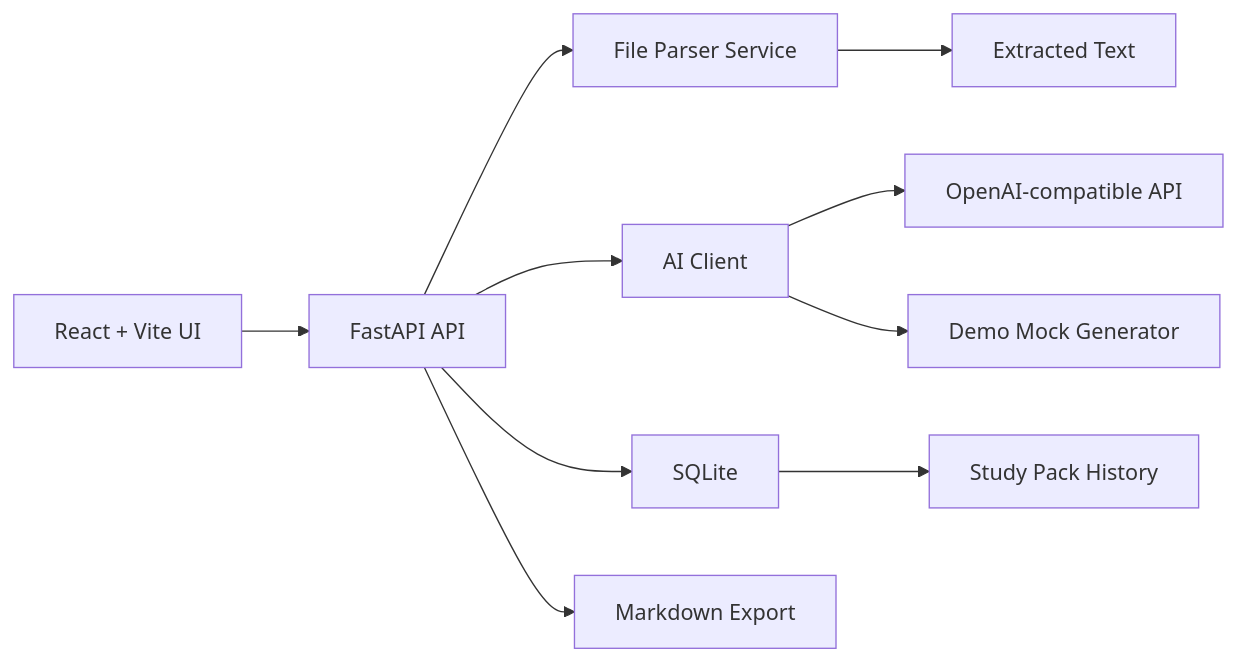
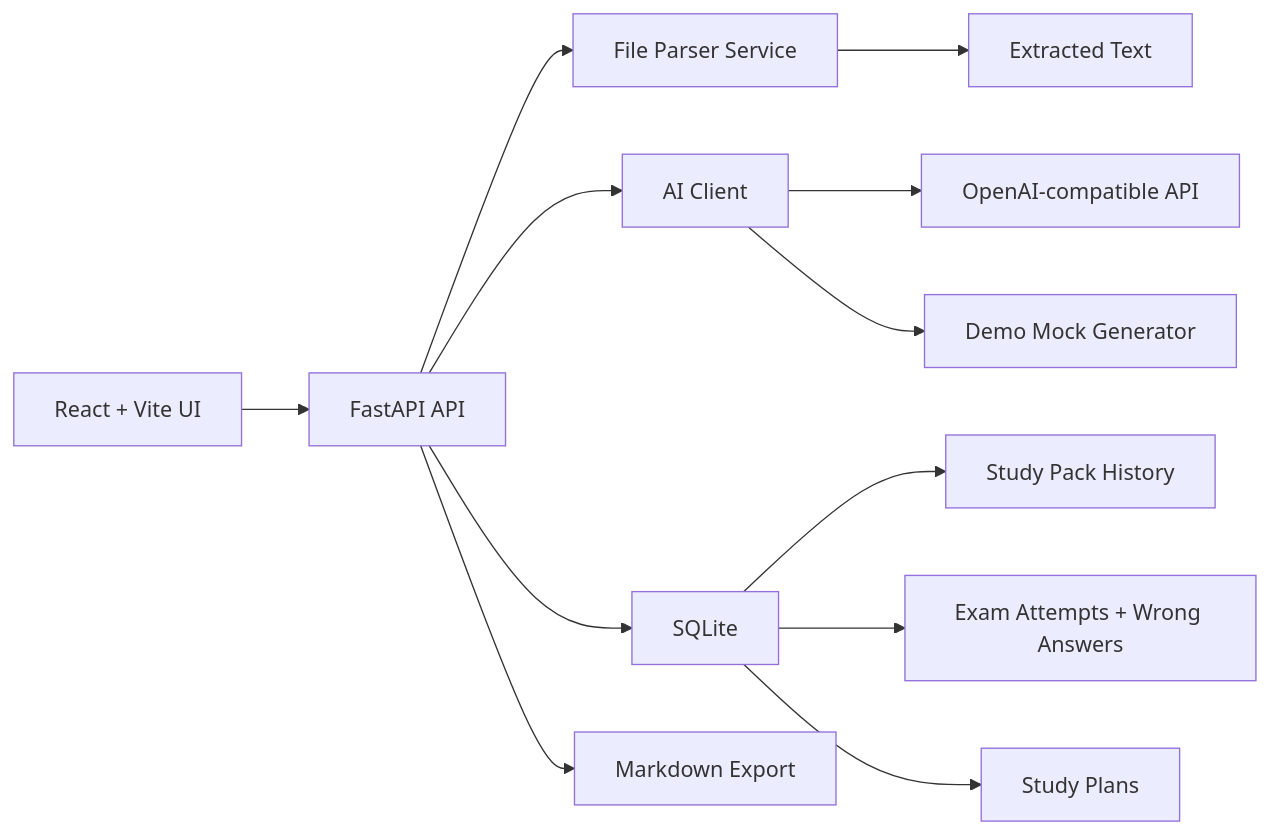
Before and after one commit to yuxindu85-bit/Note2Quiz: the diagram in README.md, drawn with Mermaid. The commit also changed other lines of this file and 13 other files, not shown here.

Commit message:
Add exam mode and study planning

````diff
--- a/README.md
+++ b/README.md
@@ -38,12 +44,14 @@
 ```mermaid
 flowchart LR
   A["React + Vite UI"] --> B["FastAPI API"]
   B --> C["File Parser Service"]
   C --> D["Extracted Text"]
   B --> E["AI Client"]
   E --> F["OpenAI-compatible API"]
   E --> G["Demo Mock Generator"]
   B --> H["SQLite"]
   H --> I["Study Pack History"]
+  H --> K["Exam Attempts + Wrong Answers"]
+  H --> L["Study Plans"]
   B --> J["Markdown Export"]
 ```
````
